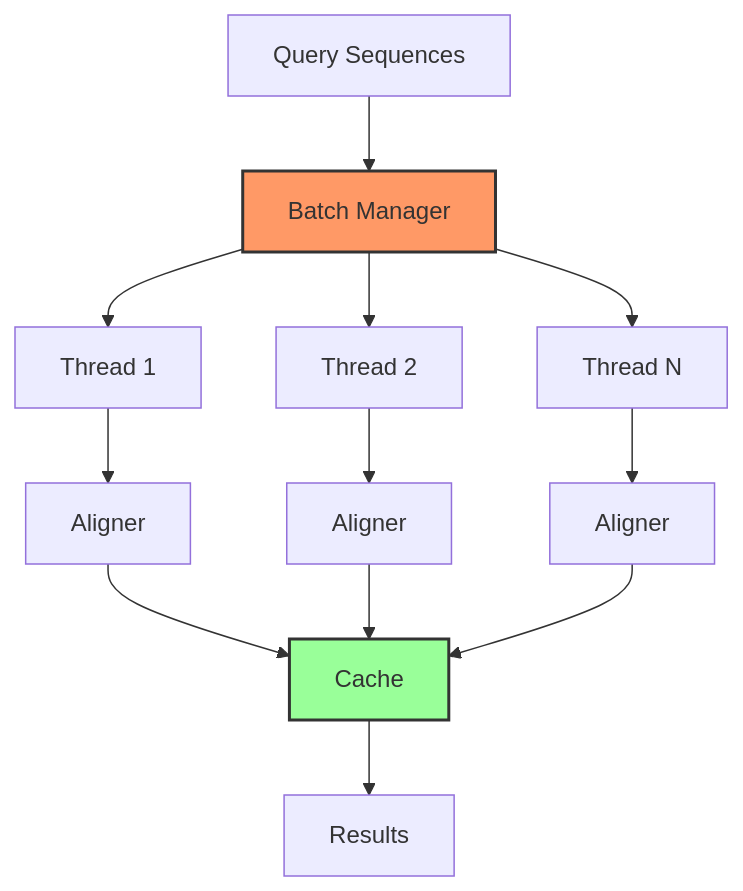
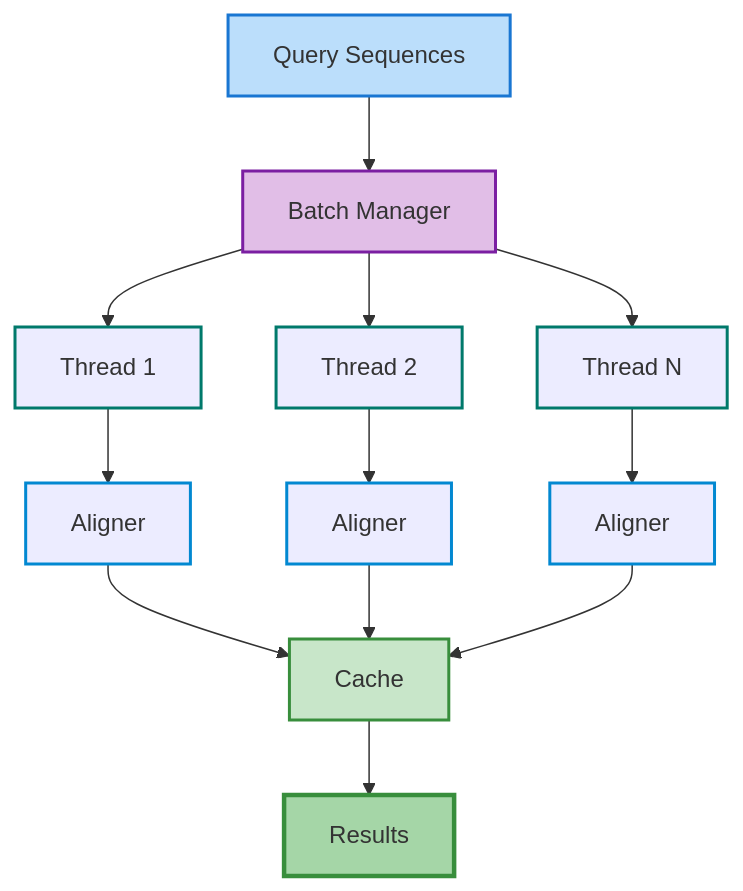
Before and after one commit to bfowle/talaria: the third of 6 diagrams in docs/src/development/architecture.md, drawn with Mermaid. The commit also changed other lines of this file and 104 other files, not shown here.

Commit message:
feat: implement content-addressed storage graph (CASG) foundation

````diff
--- a/docs/src/development/architecture.md
+++ b/docs/src/development/architecture.md
@@ -249,20 +256,28 @@
 ```mermaid
 flowchart TD
     A[Query Sequences] --> B[Batch Manager]
     B --> C1[Thread 1]
     B --> C2[Thread 2]
     B --> CN[Thread N]
     
     C1 --> D1[Aligner]
     C2 --> D2[Aligner]
     CN --> DN[Aligner]
     
     D1 --> E[Cache]
     D2 --> E
     DN --> E
     
     E --> F[Results]
     
-    style B fill:#f96,stroke:#333,stroke-width:2px
-    style E fill:#9f9,stroke:#333,stroke-width:2px
+    style A stroke:#1976d2,stroke-width:2px,fill:#bbdefb
+    style B stroke:#7b1fa2,stroke-width:2px,fill:#e1bee7
+    style E stroke:#388e3c,stroke-width:2px,fill:#c8e6c9
+    style F stroke:#388e3c,stroke-width:3px,fill:#a5d6a7
+    style C1 stroke:#00796b,stroke-width:2px
+    style C2 stroke:#00796b,stroke-width:2px
+    style CN stroke:#00796b,stroke-width:2px
+    style D1 stroke:#0288d1,stroke-width:2px
+    style D2 stroke:#0288d1,stroke-width:2px
+    style DN stroke:#0288d1,stroke-width:2px
 ```
````
